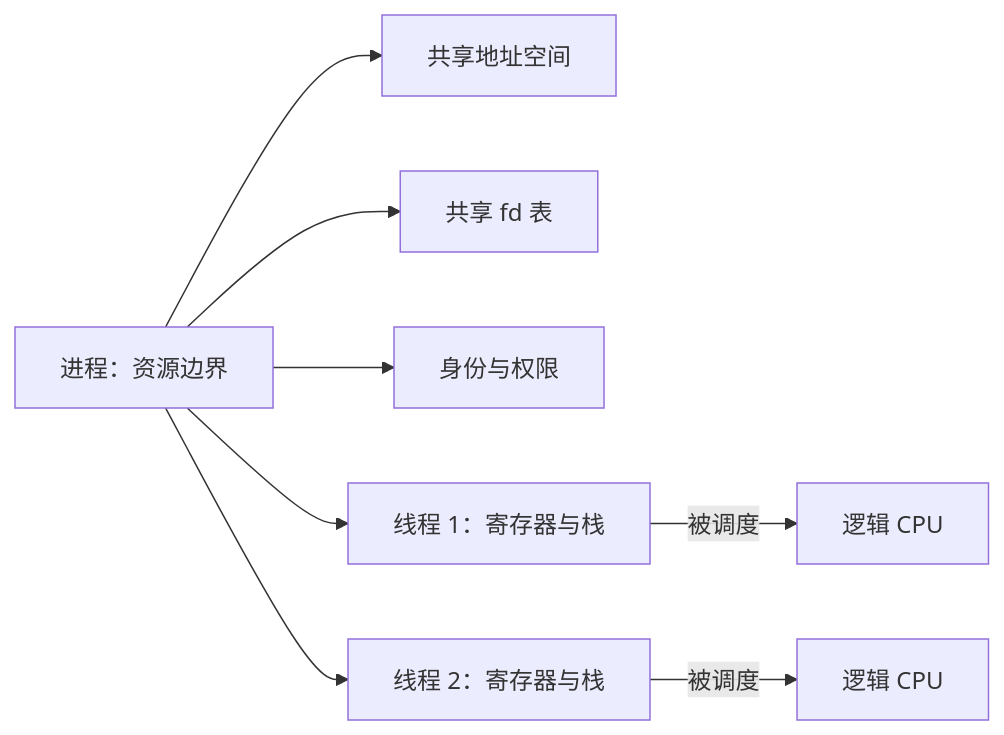
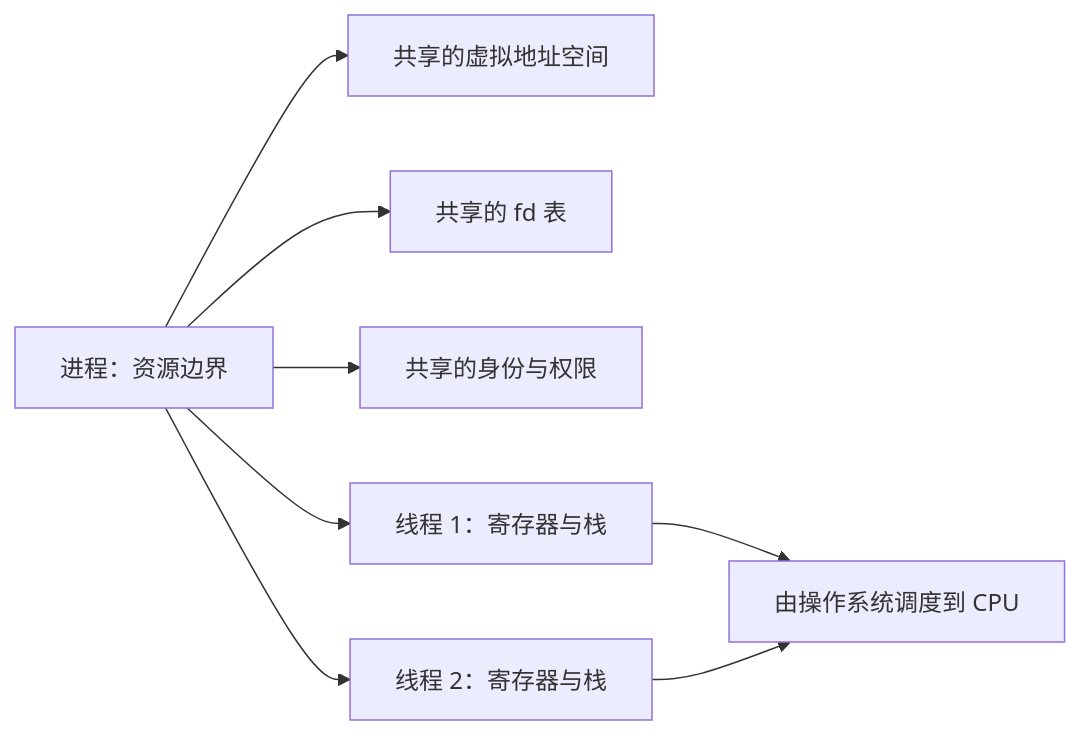
Before and after one commit to xizheyin/hft-book-rs: the first of 5 diagrams in books/rust-hft/src/foundations/processes_fds.md, drawn with Mermaid. The commit also changed other lines of this file and 207 other files, not shown here.

````diff
--- a/books/rust-hft/src/foundations/processes_fds.md
+++ b/books/rust-hft/src/foundations/processes_fds.md
@@ -17,10 +15,10 @@
 ```mermaid
 flowchart LR
-    P["进程：资源边界"] --> A["共享地址空间"]
-    P --> F["共享 fd 表"]
-    P --> I["身份与权限"]
+    P["进程：资源边界"] --> M["共享的虚拟地址空间"]
+    P --> F["共享的 fd 表"]
+    P --> I["共享的身份与权限"]
     P --> T1["线程 1：寄存器与栈"]
     P --> T2["线程 2：寄存器与栈"]
-    T1 -->|"被调度"| C1["逻辑 CPU"]
-    T2 -->|"被调度"| C2["逻辑 CPU"]
+    T1 --> C["由操作系统调度到 CPU"]
+    T2 --> C
 ```
````
